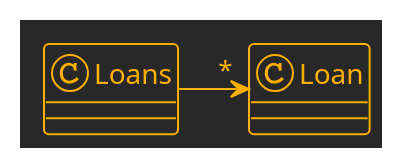
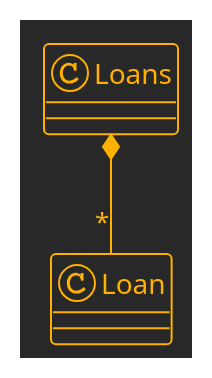
The ninth of 10 diagrams in DESIGN_CONCEPTS.md (marknelsonengineer/empire), drawn with PlantUML before and after one commit. The commit also changed other lines of this file and 1 other file, not shown here.

```diff
--- a/DESIGN_CONCEPTS.md
+++ b/DESIGN_CONCEPTS.md
@@ -321,9 +321,9 @@
 @startuml
 !theme crt-amber
 
 class Loans
 class Loan
 
-Loans -right-> "*" Loan
+Loans *-- "*" Loan
 
 @enduml
```
